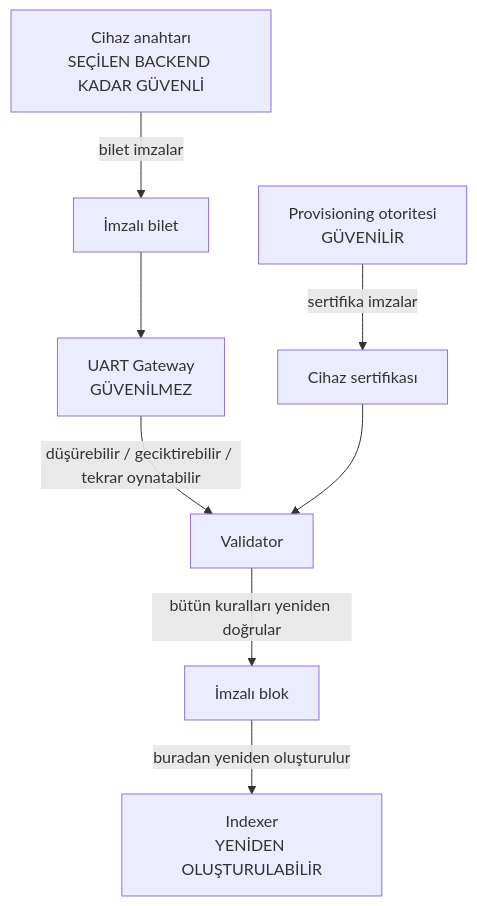
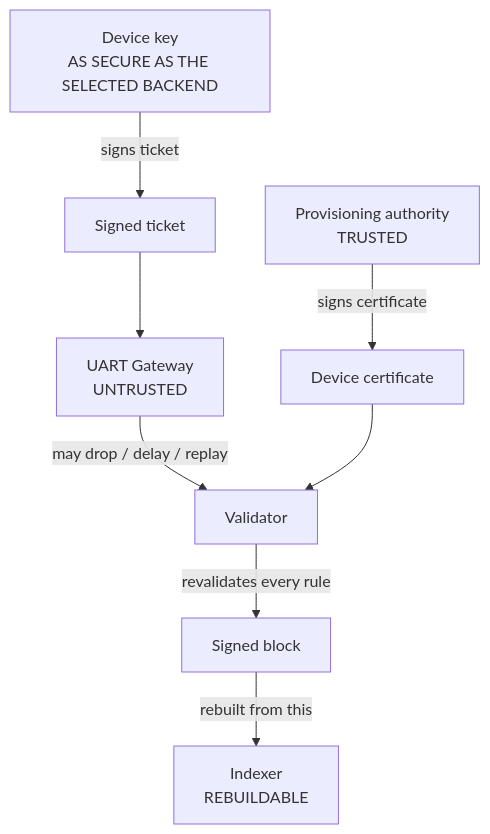
Before and after one commit to UfkuAcik/Embedded_Proof-of-Device_Network: the tenth of 15 diagrams in README.md, drawn with Mermaid. The commit also changed other lines of this file, not shown here.

````diff
--- a/README.md
+++ b/README.md
@@ -460,10 +470,10 @@
 ```mermaid
 flowchart TB
-    PA["Provisioning otoritesi<br/>GÜVENİLİR"] -->|"sertifika imzalar"| CERT["Cihaz sertifikası"]
-    DEVICE["Cihaz anahtarı<br/>SEÇİLEN BACKEND KADAR GÜVENLİ"] -->|"bilet imzalar"| TICKET["İmzalı bilet"]
-    GATE["UART Gateway<br/>GÜVENİLMEZ"] -->|"düşürebilir / geciktirebilir / tekrar oynatabilir"| NODE["Validator"]
+    PA["Provisioning authority<br/>TRUSTED"] -->|"signs certificate"| CERT["Device certificate"]
+    DEVICE["Device key<br/>AS SECURE AS THE SELECTED BACKEND"] -->|"signs ticket"| TICKET["Signed ticket"]
+    GATE["UART Gateway<br/>UNTRUSTED"] -->|"may drop / delay / replay"| NODE["Validator"]
     CERT --> NODE
     TICKET --> GATE
-    NODE -->|"bütün kuralları yeniden doğrular"| BLOCK["İmzalı blok"]
-    BLOCK -->|"buradan yeniden oluşturulur"| INDEX["Indexer<br/>YENİDEN OLUŞTURULABİLİR"]
+    NODE -->|"revalidates every rule"| BLOCK["Signed block"]
+    BLOCK -->|"rebuilt from this"| INDEX["Indexer<br/>REBUILDABLE"]
 ```
````
